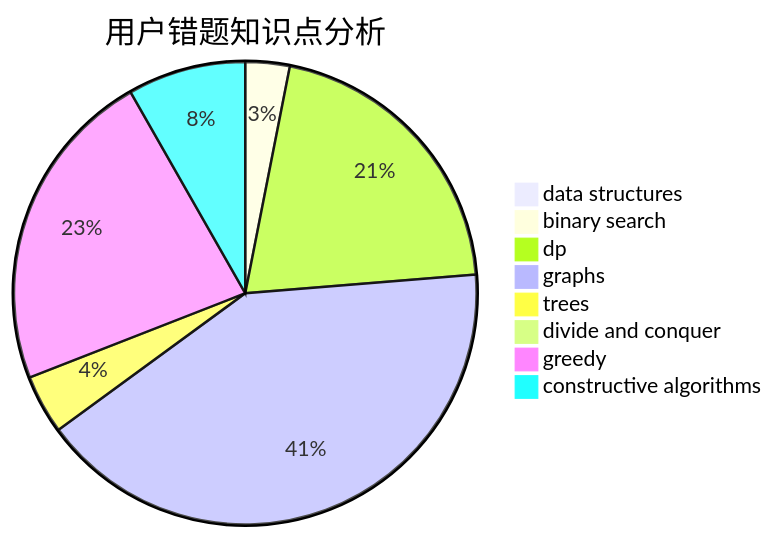
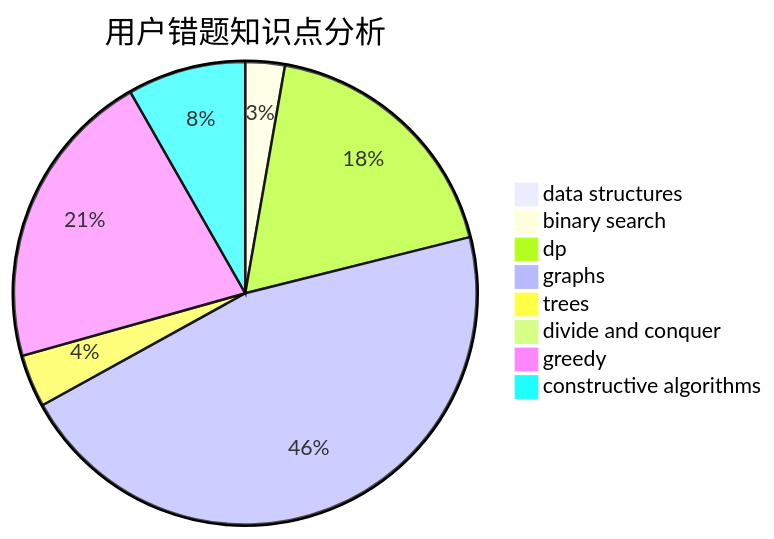
One commit to sherpahu/cfrs.github.io changed the third of 3 diagrams in docs/user/u1058.md. Above: the diagram before and after it, drawn with Mermaid. The commit also changed other lines of this file and 2770 other files, not shown here.

````diff
--- a/docs/user/u1058.md
+++ b/docs/user/u1058.md
@@ -36,11 +36,11 @@
 ```mermaid
 pie title 用户错题知识点分析
     "data structures" :  0
     "binary search" :  3
     "dp" :  20
-    "graphs" :  40
+    "graphs" :  50
     "trees" :  4
     "divide and conquer" :  0
-    "greedy" :  22
-    "constructive algorithms" :  8
+    "greedy" :  23
+    "constructive algorithms" :  9
 ```
````
